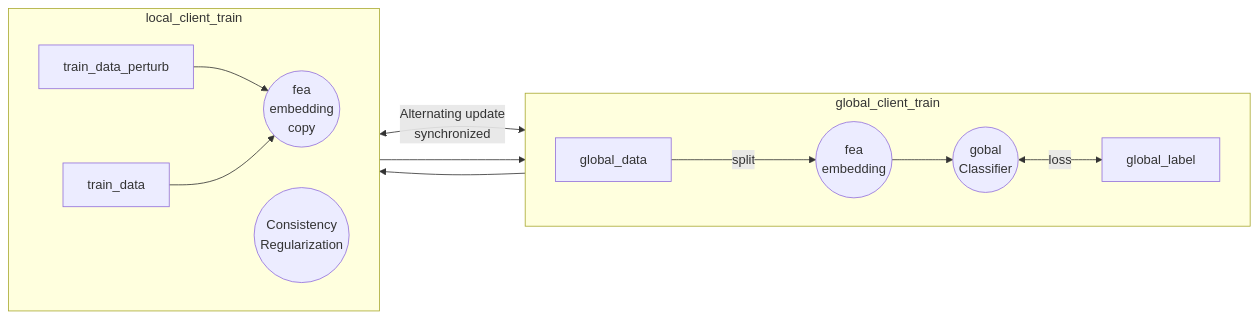
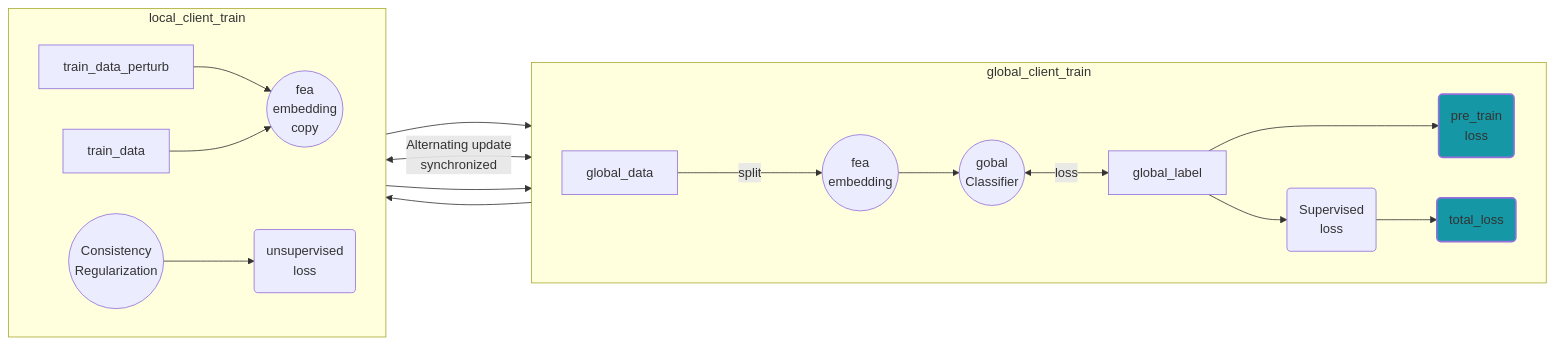
One commit to SeeleNueZ/financial_fraud changed the diagram in README.md. Above: the diagram before and after it, drawn with Mermaid.

````diff
--- a/README.md
+++ b/README.md
@@ -14,33 +14,39 @@
 ```mermaid
     flowchart LR
       A["global_data"]
       B(("fea<br>embedding"))
       C(("gobal<br>Classifier"))
       D["global_label"]
+      E("Supervised<br>loss")
+      F("pre_train<br>loss")
       T1["train_data"]
       T2["train_data_perturb"]
+      T3("unsupervised<br>loss")
+      T4("total_loss")
       ML2(("Consistency<br>Regularization"))
       ML3(("fea<br>embedding<br>copy"))
+      style T4 fill:#1597A5,stroke:##FFF4DE,stroke-width:2px
+      style F fill:#1597A5,stroke:##FFF4DE,stroke-width:2px
       subgraph ide1[global_client_train]
       direction LR
         A--->|split|B
         C<-->|loss|D
 %%        D-->|update|C
 %%        D-->|update|B
+        B-->C
+        D--->F
+        D-->E
+        E-->T4
+        
       end
       subgraph ide2[local_client_train]
       direction LR
       T2-->ML3
       T1-->ML3
       C-->ML2
-      
+      ML3-->C
       ML3<-->|Alternating update<br>synchronized|B
-      
-      
+      ML2-->T3
+      T3-->T4
       end
-       B-->C
-       ML3-->C
-       
-      
-      
 ```
````
